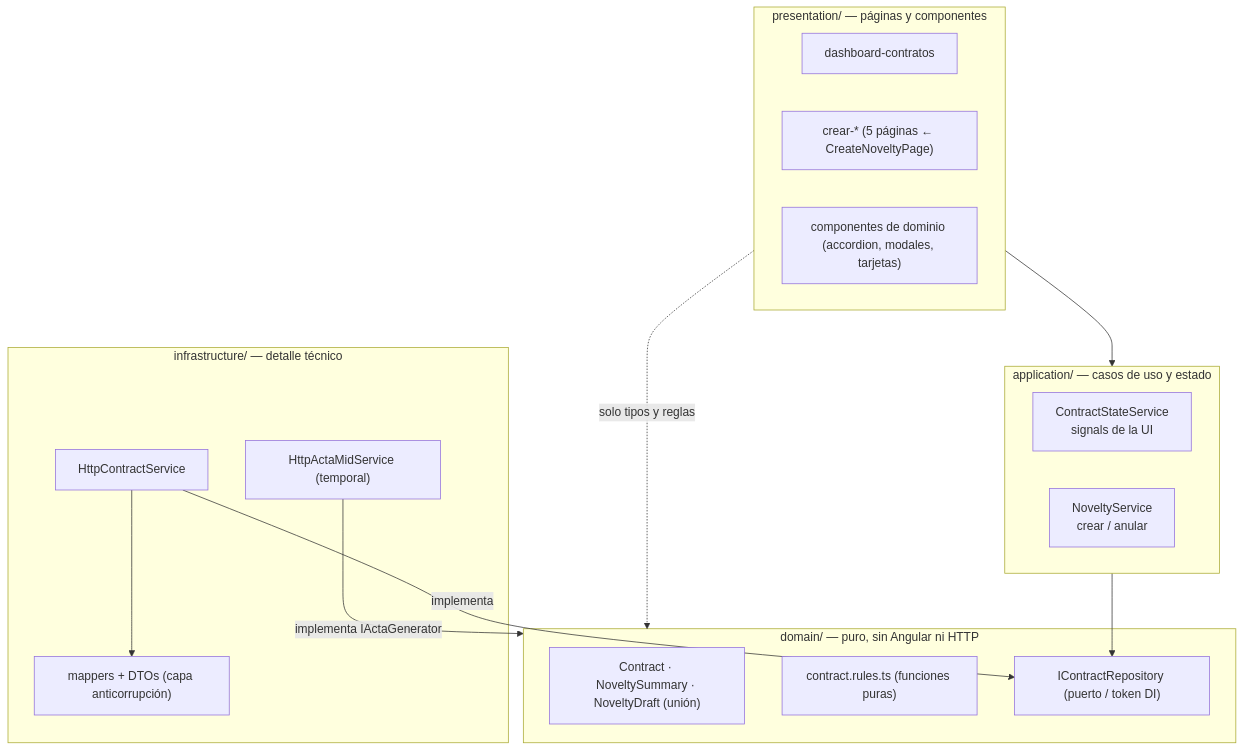
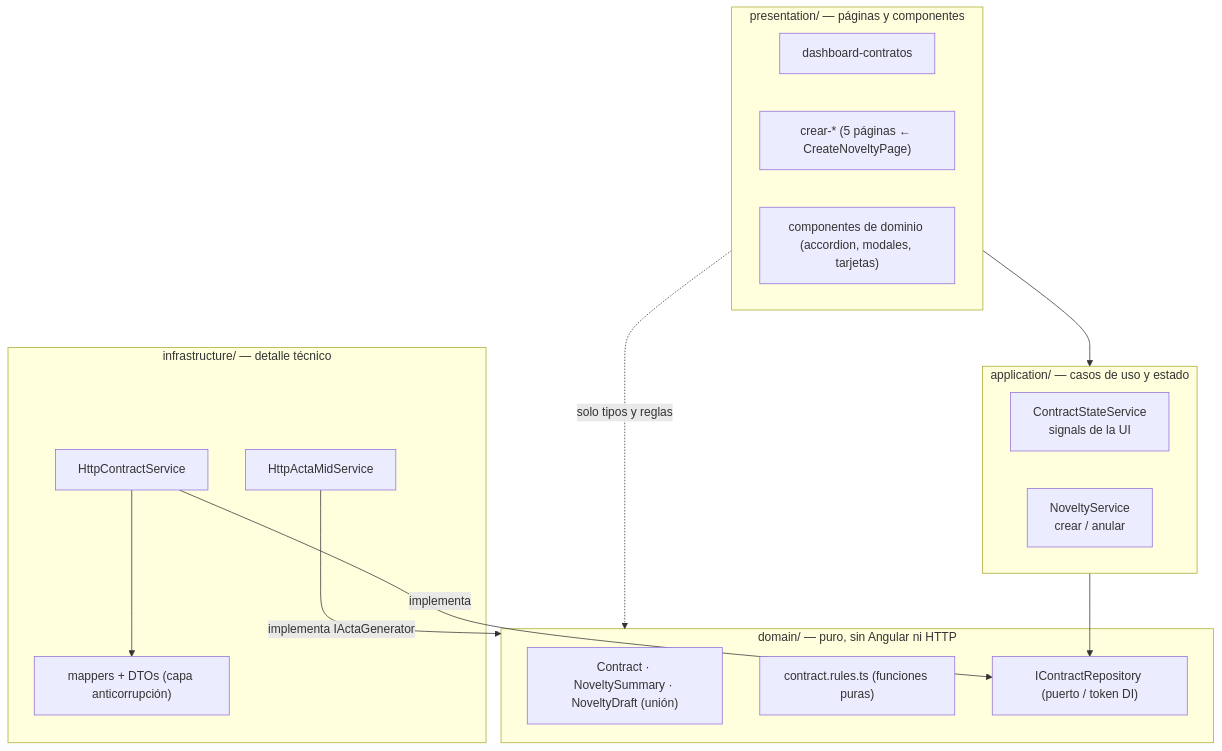
The first of 4 diagrams in docs/ARCHITECTURE.md (udistrital/novedades_mf), drawn with Mermaid before and after one commit. The commit also changed other lines of this file and 34 other files, not shown here.

````diff
--- a/docs/ARCHITECTURE.md
+++ b/docs/ARCHITECTURE.md
@@ -15,28 +15,28 @@
 ```mermaid
 graph TD
     subgraph presentation["presentation/ — páginas y componentes"]
         DASH[dashboard-contratos]
         PAGES["crear-* (5 páginas ← CreateNoveltyPage)"]
         COMP["componentes de dominio (accordion, modales, tarjetas)"]
     end
     subgraph application["application/ — casos de uso y estado"]
         CSS[ContractStateService<br/>signals de la UI]
         NS[NoveltyService<br/>crear / anular]
     end
     subgraph domain["domain/ — puro, sin Angular ni HTTP"]
         ENT["Contract · NoveltySummary · NoveltyDraft (unión)"]
         RULES["contract.rules.ts (funciones puras)"]
         PORT["IContractRepository (puerto / token DI)"]
     end
     subgraph infrastructure["infrastructure/ — detalle técnico"]
         HTTP[HttpContractService]
-        ACTA["HttpActaMidService (temporal)"]
+        ACTA["HttpActaMidService"]
         MAP["mappers + DTOs (capa anticorrupción)"]
     end
     presentation --> application
     application --> PORT
     presentation -.->|solo tipos y reglas| domain
     HTTP -->|implementa| PORT
     ACTA -->|implementa IActaGenerator| domain
     HTTP --> MAP
 ```
````
